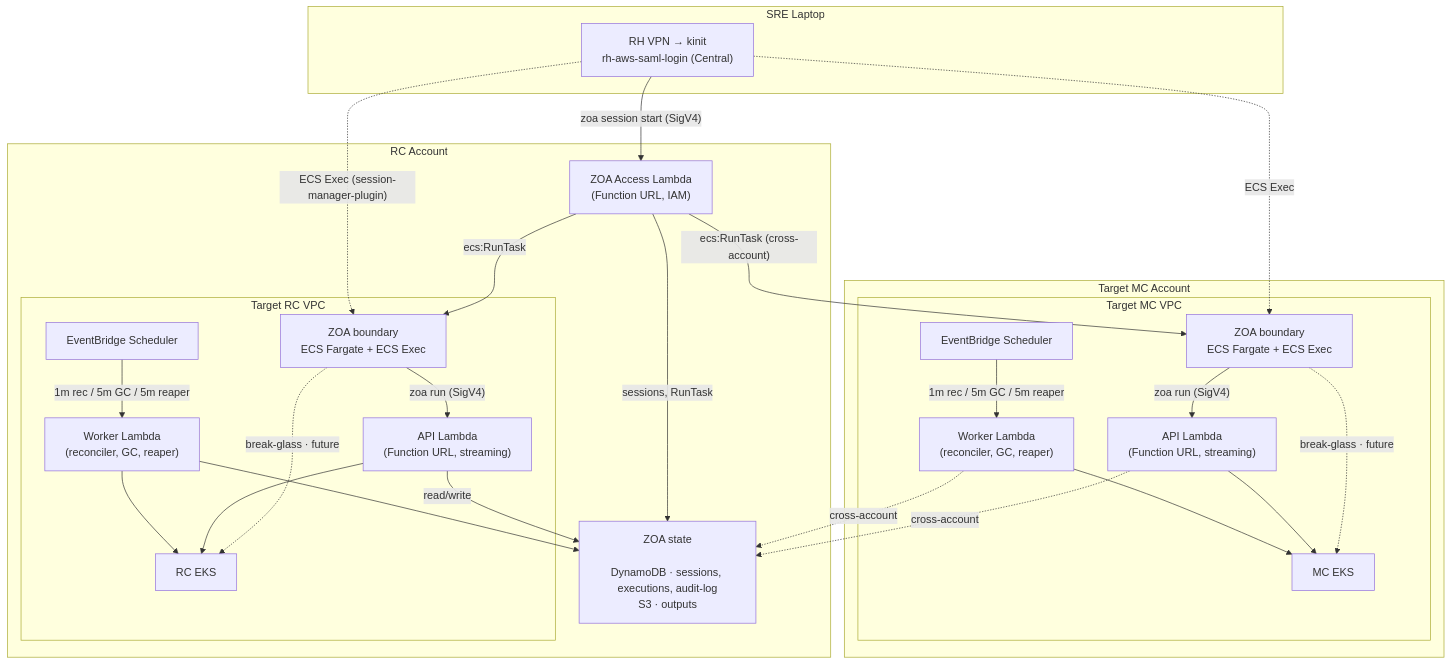
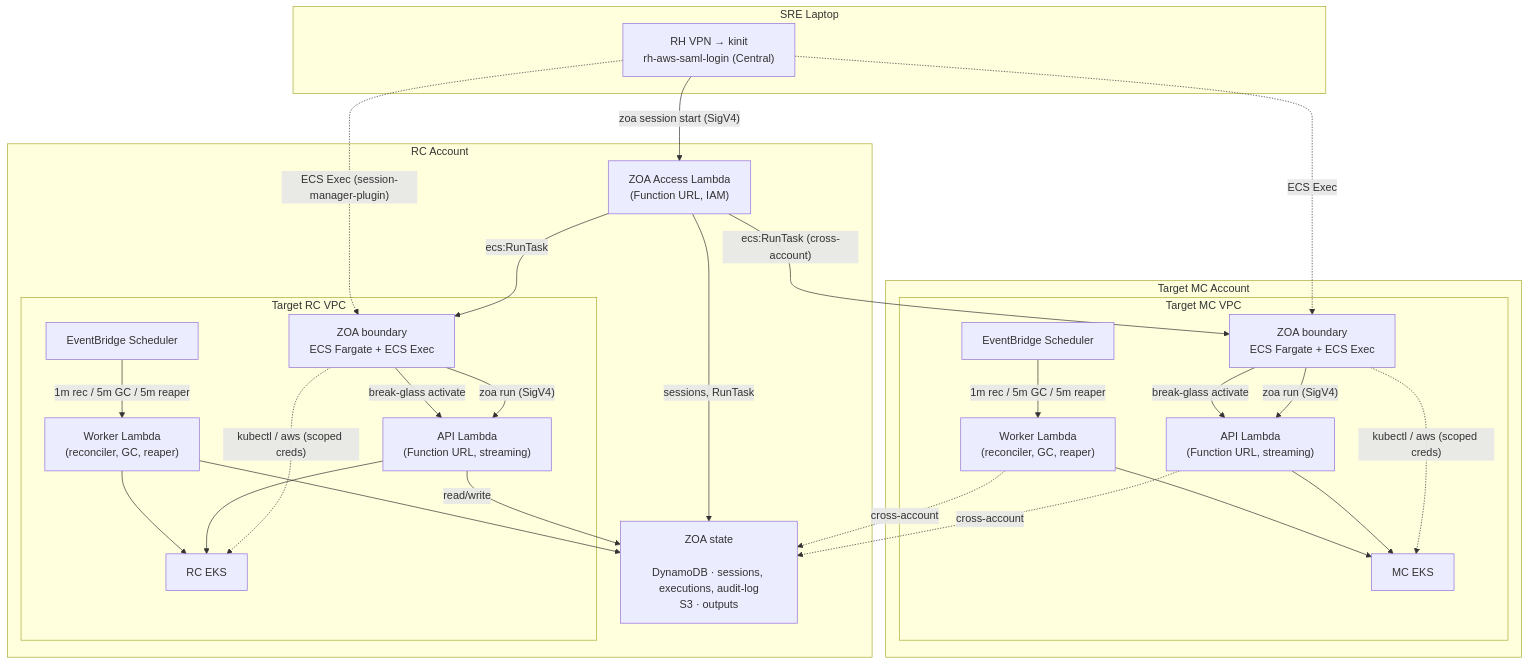
One commit to slopezz/rosa-hyperfleet-zoa changed the diagram in README.md. Above: the diagram before and after it, drawn with Mermaid. The commit also changed other lines of this file and 5 other files, not shown here.

First line of the commit message:
ROSAENG-75953 | docs: mark break-glass shipped in README and guides

````diff
--- a/README.md
+++ b/README.md
@@ -102,59 +102,61 @@
 ```mermaid
 ---
 config:
   layout: dagre
 ---
 graph TD
     subgraph laptop["SRE Laptop"]
         L["RH VPN → kinit<br/>rh-aws-saml-login (Central)"]
     end
 
     subgraph rc["RC Account"]
         ACCESS["ZOA Access Lambda<br/>(Function URL, IAM)"]
         STATE["ZOA state<br/><br/>DynamoDB · sessions, executions, audit-log<br/>S3 · outputs"]
         subgraph rc_vpc["Target RC VPC"]
             BOUNDARY_RC["ZOA boundary<br/>ECS Fargate + ECS Exec"]
             EB_RC["EventBridge Scheduler"]
             API_RC["API Lambda<br/>(Function URL, streaming)"]
             WORKER_RC["Worker Lambda<br/>(reconciler, GC, reaper)"]
             EKS_RC["RC EKS"]
         end
     end
 
     subgraph mc["Target MC Account"]
         subgraph mc_vpc["Target MC VPC"]
             BOUNDARY_MC["ZOA boundary<br/>ECS Fargate + ECS Exec"]
             EB_MC["EventBridge Scheduler"]
             API_MC["API Lambda<br/>(Function URL, streaming)"]
             WORKER_MC["Worker Lambda<br/>(reconciler, GC, reaper)"]
             EKS_MC["MC EKS"]
         end
     end
 
     L -->|"zoa session start (SigV4)"| ACCESS
     ACCESS -->|"sessions, RunTask"| STATE
     ACCESS -->|"ecs:RunTask"| BOUNDARY_RC
     ACCESS -->|"ecs:RunTask (cross-account)"| BOUNDARY_MC
 
     L -.->|"ECS Exec (session-manager-plugin)"| BOUNDARY_RC
     L -.->|"ECS Exec"| BOUNDARY_MC
 
     BOUNDARY_RC -->|"zoa run (SigV4)"| API_RC
     BOUNDARY_MC -->|"zoa run (SigV4)"| API_MC
 
-    BOUNDARY_RC -.->|"break-glass · future"| EKS_RC
-    BOUNDARY_MC -.->|"break-glass · future"| EKS_MC
+    BOUNDARY_RC -->|"break-glass activate"| API_RC
+    BOUNDARY_MC -->|"break-glass activate"| API_MC
+    BOUNDARY_RC -.->|"kubectl / aws (scoped creds)"| EKS_RC
+    BOUNDARY_MC -.->|"kubectl / aws (scoped creds)"| EKS_MC
 
     EB_RC -->|"1m rec / 5m GC / 5m reaper"| WORKER_RC
     EB_MC -->|"1m rec / 5m GC / 5m reaper"| WORKER_MC
 
     API_RC --> EKS_RC
     WORKER_RC --> EKS_RC
     API_MC --> EKS_MC
     WORKER_MC --> EKS_MC
 
     API_RC -->|"read/write"| STATE
     WORKER_RC --> STATE
     API_MC -.->|"cross-account"| STATE
     WORKER_MC -.->|"cross-account"| STATE
 ```
````
